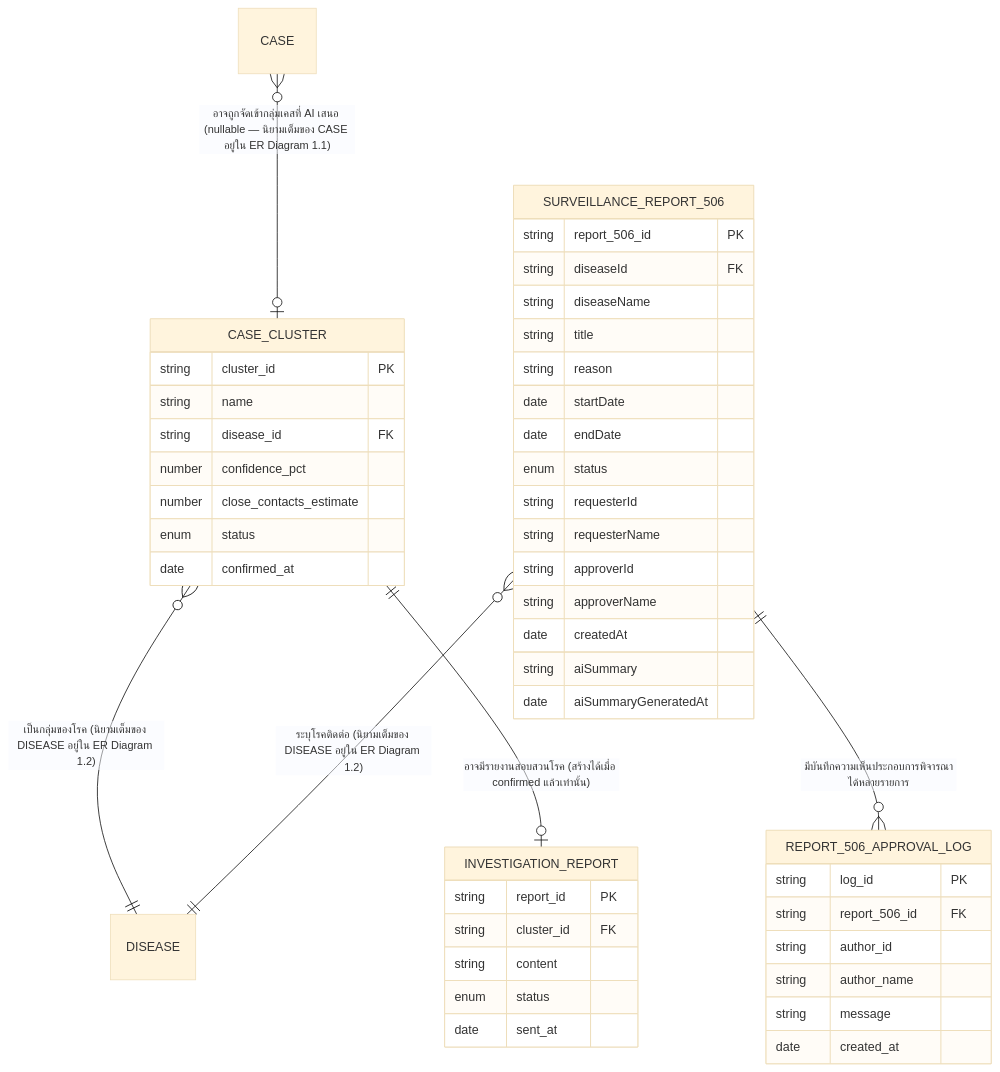
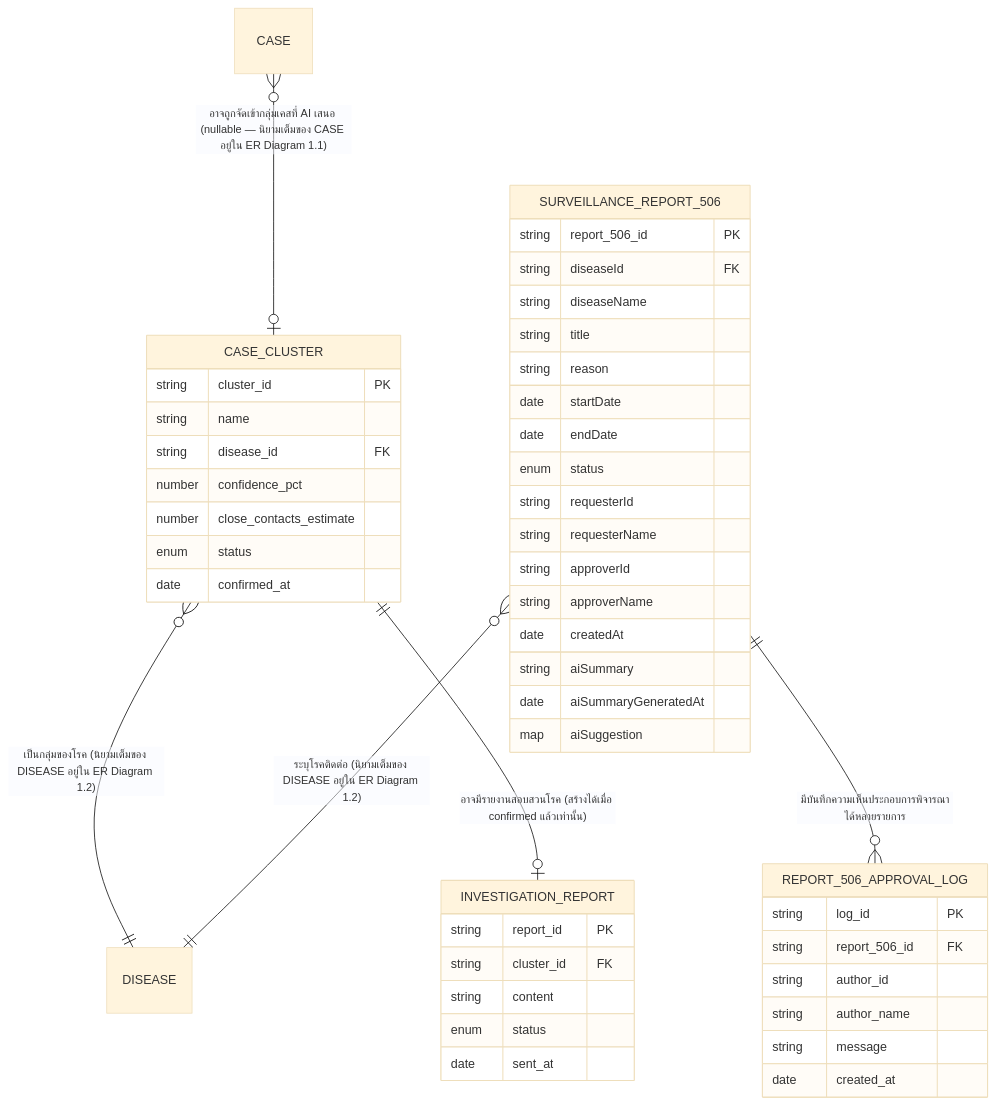
Before and after one commit to Plabuchill/AI-DSRP: the third of 8 diagrams in docs/02-design/02-technical/DATA-MODEL.md, drawn with Mermaid (base theme). The commit also changed other lines of this file and 2 other files, not shown here.

First line of the commit message:
Persist AI outputs on รง.506 reports: aiSuggestion field + aiLog audit trail

````diff
--- a/docs/02-design/02-technical/DATA-MODEL.md
+++ b/docs/02-design/02-technical/DATA-MODEL.md
@@ -124,50 +124,51 @@
 ```mermaid
 erDiagram
   CASE }o--o| CASE_CLUSTER : "อาจถูกจัดเข้ากลุ่มเคสที่ AI เสนอ (nullable — นิยามเต็มของ CASE อยู่ใน ER Diagram 1.1)"
   CASE_CLUSTER }o--|| DISEASE : "เป็นกลุ่มของโรค (นิยามเต็มของ DISEASE อยู่ใน ER Diagram 1.2)"
   CASE_CLUSTER ||--o| INVESTIGATION_REPORT : "อาจมีรายงานสอบสวนโรค (สร้างได้เมื่อ confirmed แล้วเท่านั้น)"
   SURVEILLANCE_REPORT_506 }o--|| DISEASE : "ระบุโรคติดต่อ (นิยามเต็มของ DISEASE อยู่ใน ER Diagram 1.2)"
   SURVEILLANCE_REPORT_506 ||--o{ REPORT_506_APPROVAL_LOG : "มีบันทึกความเห็นประกอบการพิจารณาได้หลายรายการ"
 
   CASE_CLUSTER {
     string cluster_id PK
     string name
     string disease_id FK
     number confidence_pct
     number close_contacts_estimate
     enum status
     date confirmed_at
   }
   INVESTIGATION_REPORT {
     string report_id PK
     string cluster_id FK
     string content
     enum status
     date sent_at
   }
   SURVEILLANCE_REPORT_506 {
     string report_506_id PK
     string diseaseId FK
     string diseaseName
     string title
     string reason
     date startDate
     date endDate
     enum status
     string requesterId
     string requesterName
     string approverId
     string approverName
     date createdAt
     string aiSummary
     date aiSummaryGeneratedAt
+    map aiSuggestion
   }
   REPORT_506_APPROVAL_LOG {
     string log_id PK
     string report_506_id FK
     string author_id
     string author_name
     string message
     date created_at
   }
 ```
````
